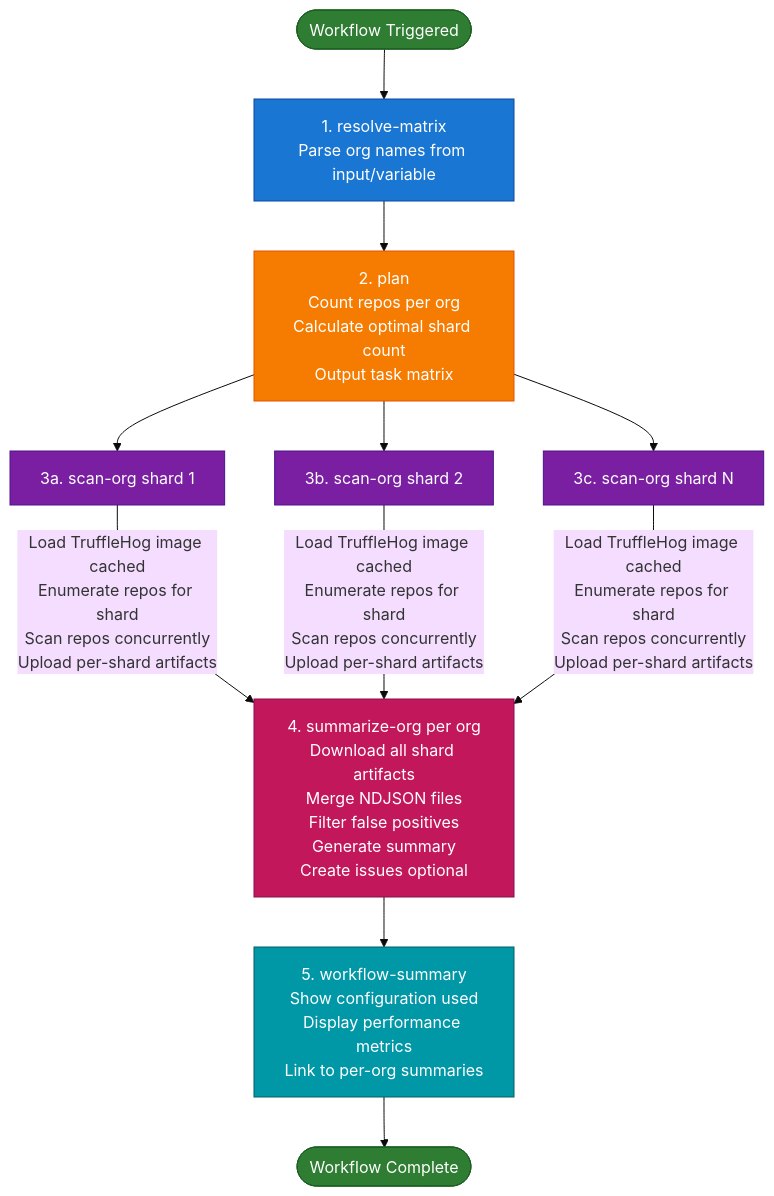
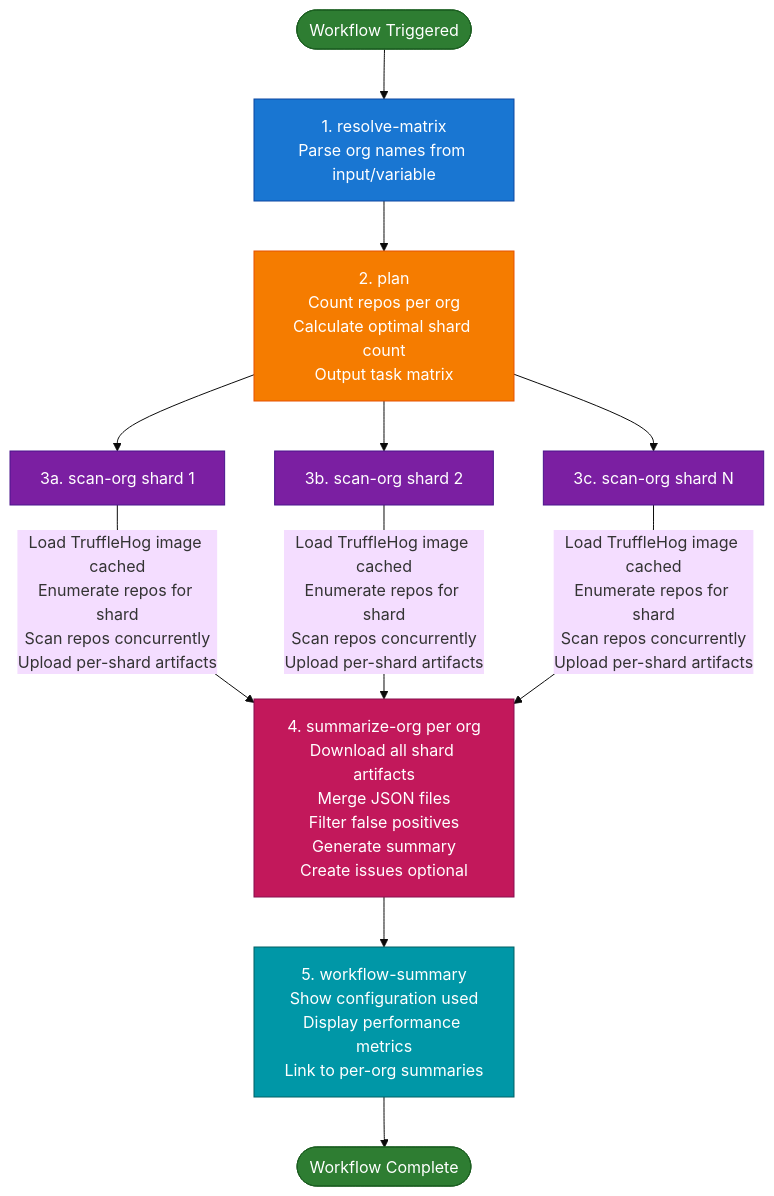
Before and after one commit to SpootyMcSpoot/trufflehogz: the diagram in README.md, drawn with Mermaid (base theme). The commit also changed other lines of this file and 5 other files, not shown here.

First line of the commit message:
refactor: rename ndjson to json throughout codebase

````diff
--- a/README.md
+++ b/README.md
@@ -199,30 +199,30 @@
 ```mermaid
 flowchart TD
     Start([Workflow Triggered]) --> ResolveMatrix[1. resolve-matrix<br/>Parse org names from input/variable]
 
     ResolveMatrix --> Plan[2. plan<br/>Count repos per org<br/>Calculate optimal shard count<br/>Output task matrix]
 
     Plan --> ScanOrg1[3a. scan-org shard 1]
     Plan --> ScanOrg2[3b. scan-org shard 2]
     Plan --> ScanOrg3[3c. scan-org shard N]
 
     ScanOrg1 --> |Load TruffleHog image cached<br/>Enumerate repos for shard<br/>Scan repos concurrently<br/>Upload per-shard artifacts| Summarize
     ScanOrg2 --> |Load TruffleHog image cached<br/>Enumerate repos for shard<br/>Scan repos concurrently<br/>Upload per-shard artifacts| Summarize
     ScanOrg3 --> |Load TruffleHog image cached<br/>Enumerate repos for shard<br/>Scan repos concurrently<br/>Upload per-shard artifacts| Summarize
 
-    Summarize[4. summarize-org per org<br/>Download all shard artifacts<br/>Merge NDJSON files<br/>Filter false positives<br/>Generate summary<br/>Create issues optional]
+    Summarize[4. summarize-org per org<br/>Download all shard artifacts<br/>Merge JSON files<br/>Filter false positives<br/>Generate summary<br/>Create issues optional]
 
     Summarize --> WorkflowSummary[5. workflow-summary<br/>Show configuration used<br/>Display performance metrics<br/>Link to per-org summaries]
 
     WorkflowSummary --> End([Workflow Complete])
 
     style Start fill:#2e7d32,stroke:#1b5e20,color:#fff
     style End fill:#2e7d32,stroke:#1b5e20,color:#fff
     style ResolveMatrix fill:#1976d2,stroke:#0d47a1,color:#fff
     style Plan fill:#f57c00,stroke:#e65100,color:#fff
     style ScanOrg1 fill:#7b1fa2,stroke:#4a148c,color:#fff
     style ScanOrg2 fill:#7b1fa2,stroke:#4a148c,color:#fff
     style ScanOrg3 fill:#7b1fa2,stroke:#4a148c,color:#fff
     style Summarize fill:#c2185b,stroke:#880e4f,color:#fff
     style WorkflowSummary fill:#0097a7,stroke:#006064,color:#fff
 ```
````
